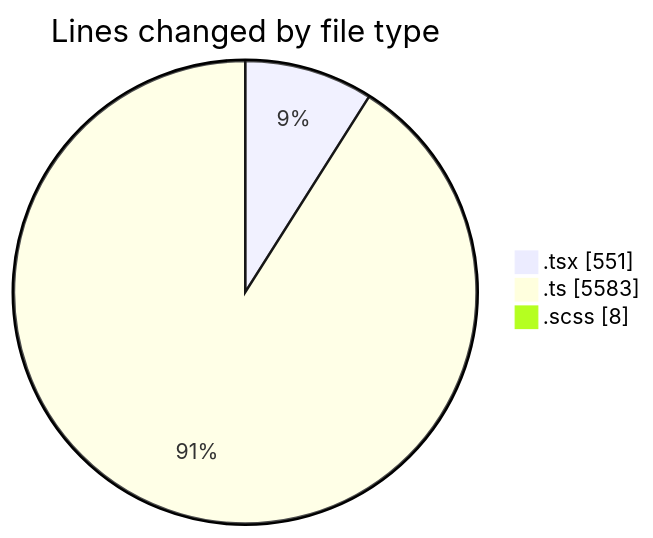
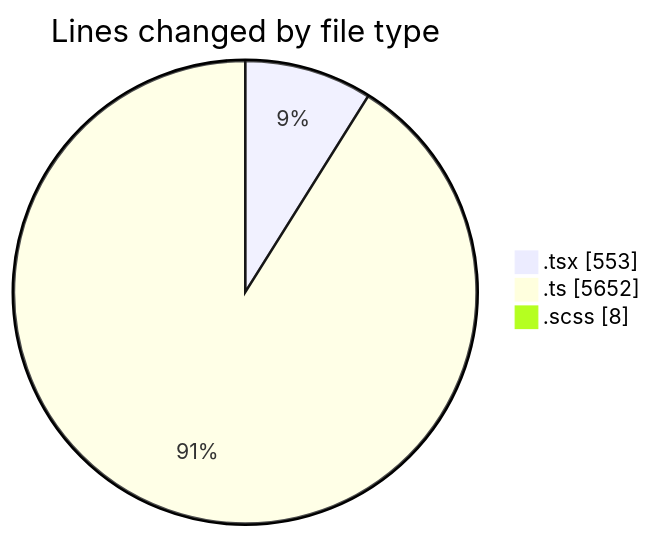
The first of 2 diagrams in 2025-03-26/cda/README.md (momahboobian/code-tracking), drawn with Mermaid before and after one commit. The commit also changed other lines of this file and 1 other file, not shown here.

````diff
--- a/2025-03-26/cda/README.md
+++ b/2025-03-26/cda/README.md
@@ -31,7 +32,7 @@
 ```mermaid
 pie showData
 title Lines changed by file type
-".tsx" : 551
-".ts" : 5583
+".tsx" : 553
+".ts" : 5652
 ".scss" : 8
 ```
````
